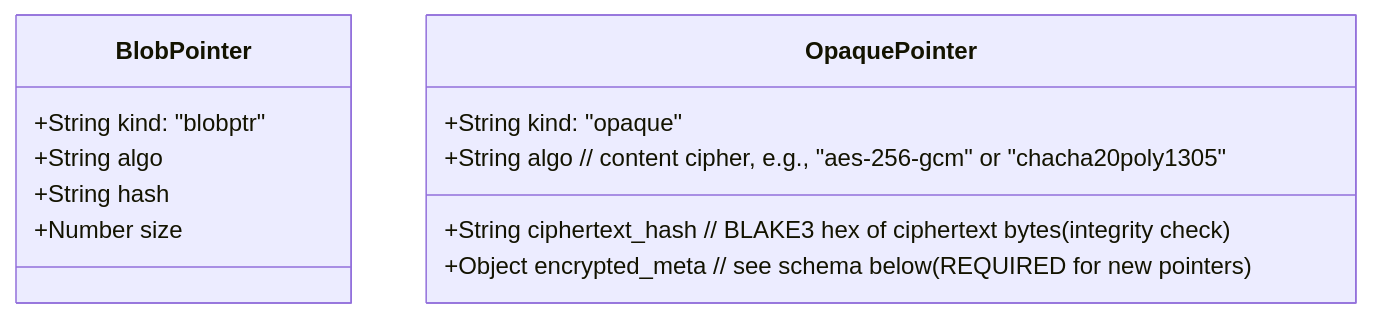
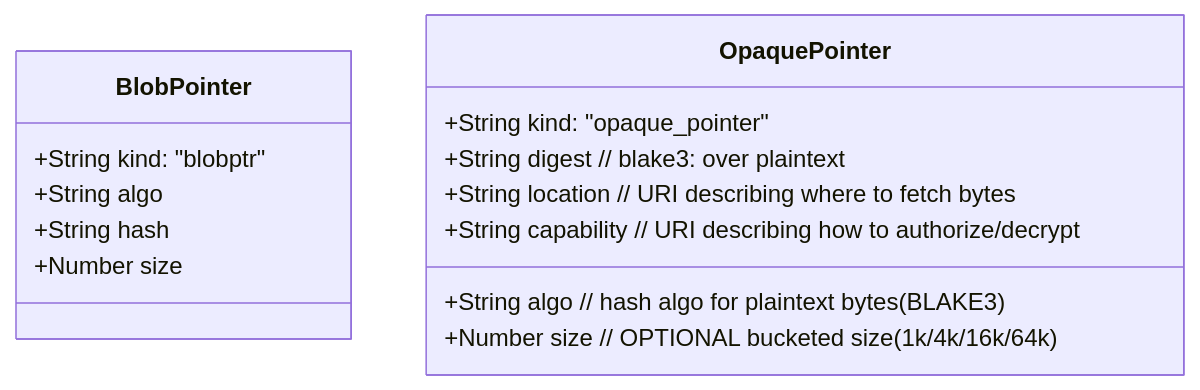
One commit to flyingrobots/gatos changed the eighth of 21 diagrams in docs/SPEC.md. Above: the diagram before and after it, drawn with Mermaid. The commit also changed other lines of this file and 48 other files, not shown here.

````diff
--- a/docs/SPEC.md
+++ b/docs/SPEC.md
@@ -705,15 +706,17 @@
 ```mermaid
 classDiagram
     class BlobPointer {
         +String kind: "blobptr"
         +String algo
         +String hash
         +Number size
     }
     class OpaquePointer {
-        +String kind: "opaque"
-        +String algo                // content cipher, e.g., "aes-256-gcm" or "chacha20poly1305"
-        +String ciphertext_hash     // BLAKE3 hex of ciphertext bytes (integrity check)
-        +Object encrypted_meta      // see schema below (REQUIRED for new pointers)
+        +String kind: "opaque_pointer"
+        +String algo            // hash algo for plaintext bytes (BLAKE3)
+        +String digest          // blake3:<hex> over plaintext
+        +Number size            // OPTIONAL bucketed size (1k/4k/16k/64k)
+        +String location        // URI describing where to fetch bytes
+        +String capability      // URI describing how to authorize/decrypt
     }
 ```
````
